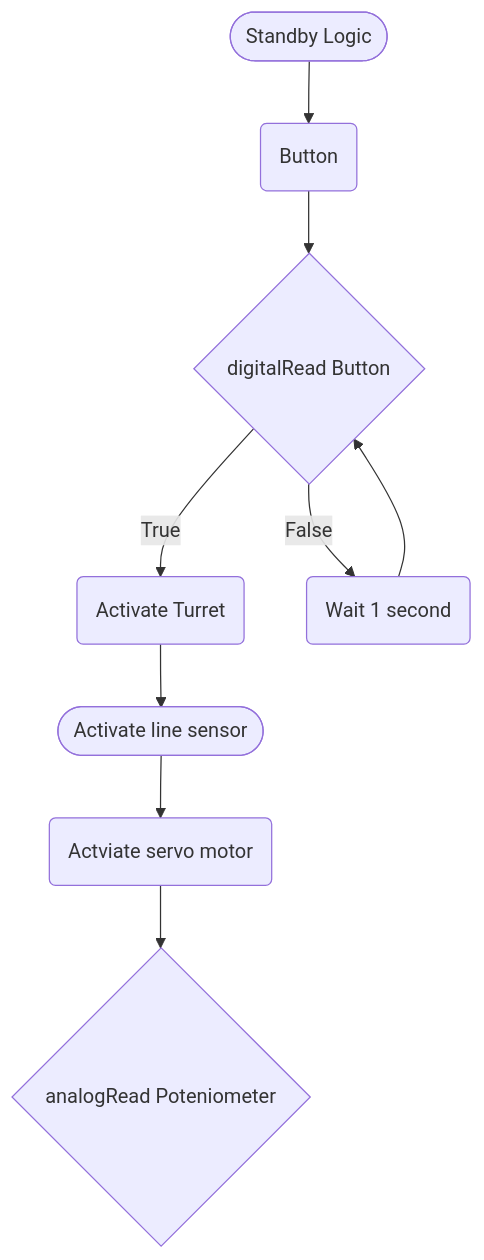
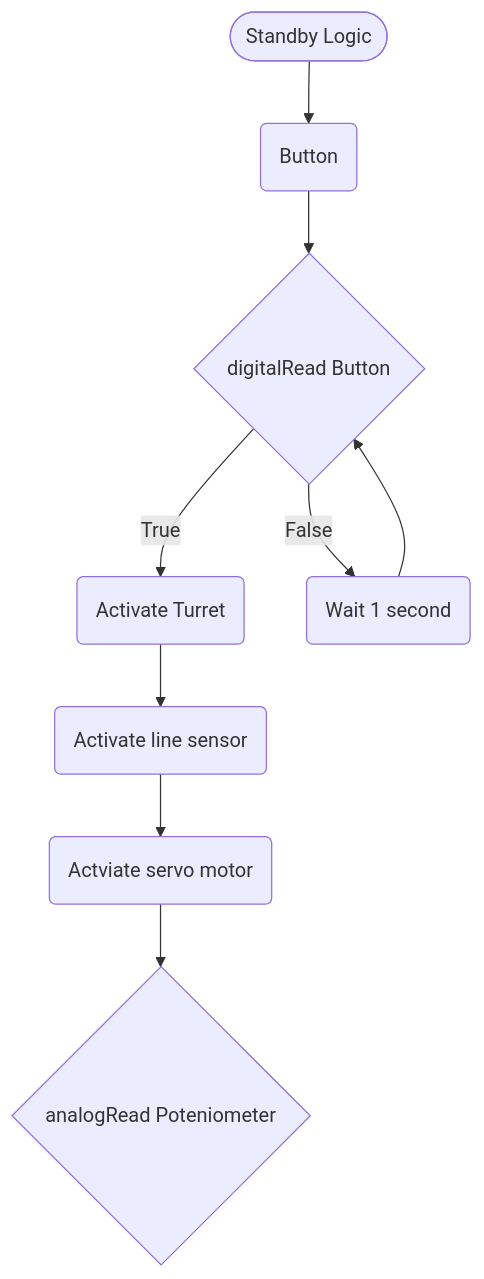
One commit to Zac2259/Smart-Turret changed the first of 3 diagrams in logic.md. Above: the diagram before and after it, drawn with Mermaid.

````diff
--- a/logic.md
+++ b/logic.md
@@ -3,20 +3,20 @@
  ```mermaid
  flowchart TD
  %%standby logic
  activateserv(Actviate servo motor)
 ReadPo{analogRead Poteniometer}
 terminalStart1([Standby Logic])
- terminalEnd1([Activate line sensor])
+ activateline(Activate line sensor)
  Button(Button)
 Buttontrigger{digitalRead Button}
 activateturret(Activate Turret)
 loop(Wait 1 second)
 terminalStart1 --> Button
 Button --> Buttontrigger
 Buttontrigger --> |True| activateturret
-activateturret --> terminalEnd1
+activateturret --> activateline
 Buttontrigger --> |False| loop
 loop -->Buttontrigger
-terminalEnd1 --> activateserv
+activateline --> activateserv
 activateserv --> ReadPo
 ```
````
